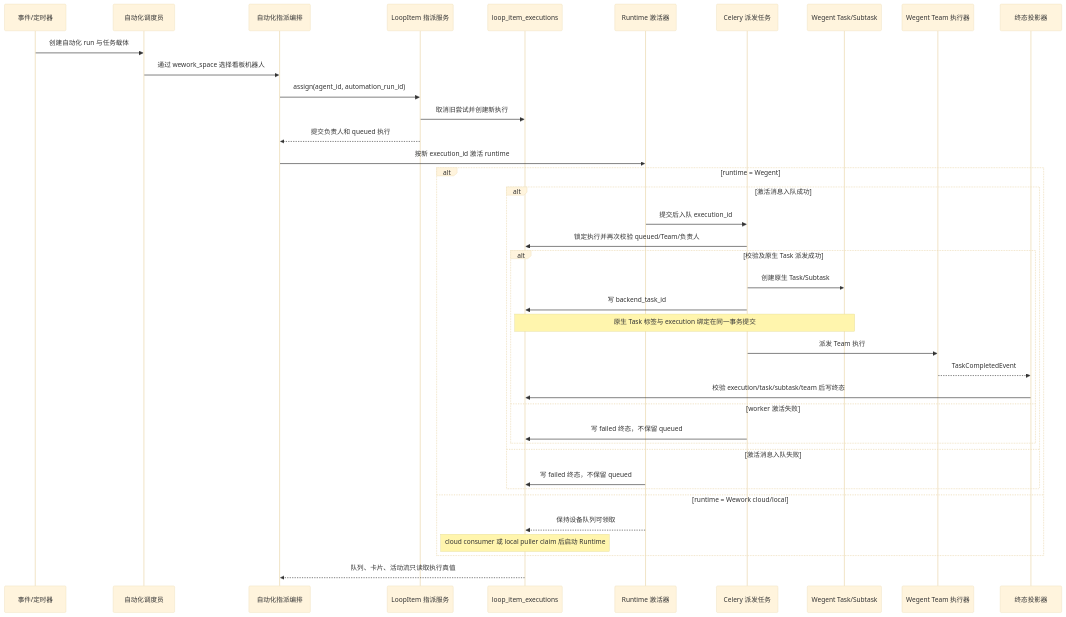
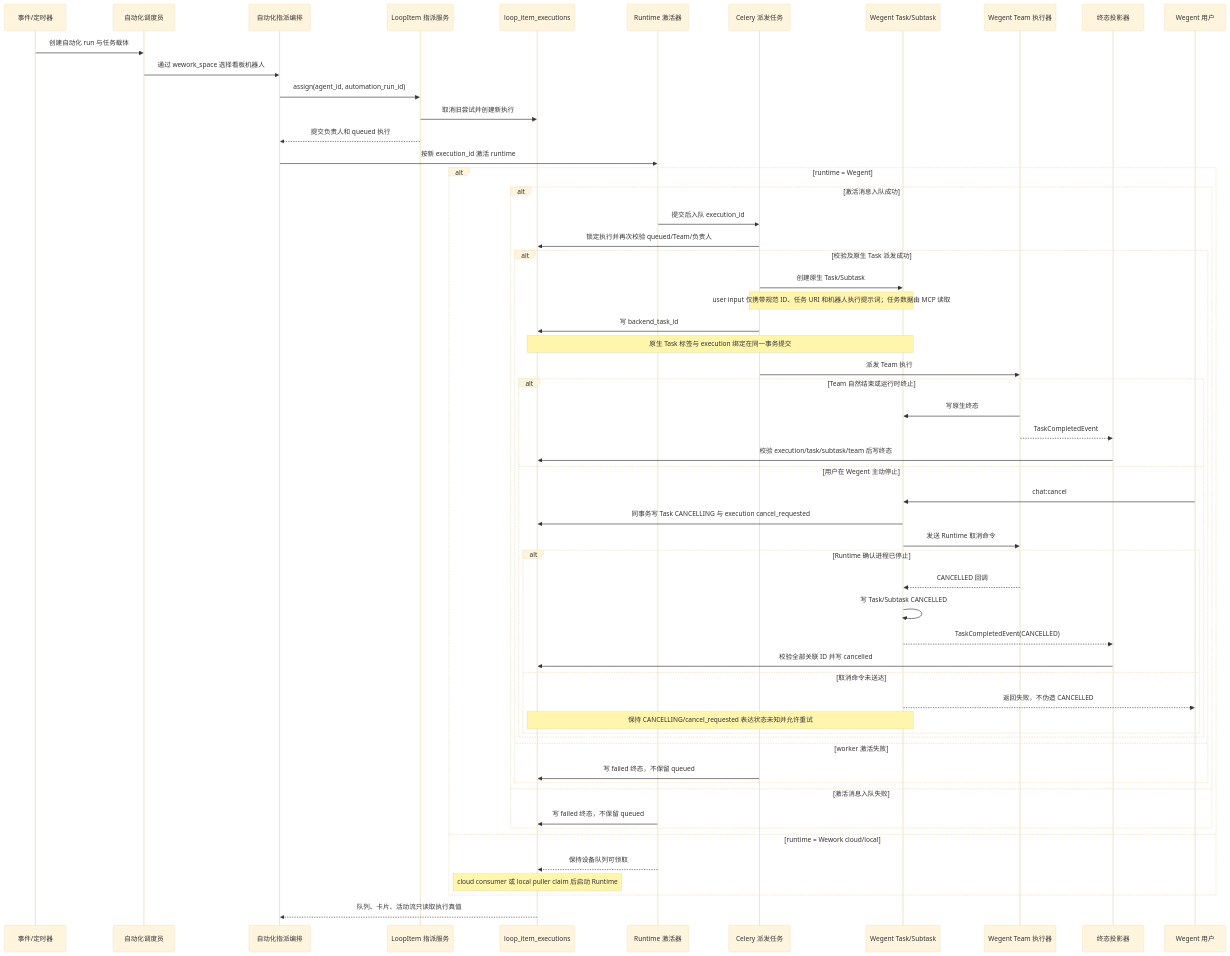
The second of 4 diagrams in docs/zh/wegent/developer-guide/cloud-project-collaboration.md (wecode-ai/Wegent), drawn with Mermaid (base theme) before and after one commit. The commit also changed other lines of this file and 26 other files, not shown here.

Commit message:
fix(automation): synchronize Wegent runtime truth

````diff
--- a/docs/zh/wegent/developer-guide/cloud-project-collaboration.md
+++ b/docs/zh/wegent/developer-guide/cloud-project-collaboration.md
@@ -137,42 +154,60 @@
 ```mermaid
 sequenceDiagram
     participant E as 事件/定时器
     participant M as 自动化调度员
     participant A as 自动化指派编排
     participant L as LoopItem 指派服务
     participant X as loop_item_executions
     participant R as Runtime 激活器
     participant Q as Celery 派发任务
     participant T as Wegent Task/Subtask
     participant W as Wegent Team 执行器
     participant C as 终态投影器
+    participant U as Wegent 用户
 
     E->>M: 创建自动化 run 与任务载体
     M->>A: 通过 wework_space 选择看板机器人
     A->>L: assign(agent_id, automation_run_id)
     L->>X: 取消旧尝试并创建新执行
     L-->>A: 提交负责人和 queued 执行
     A->>R: 按新 execution_id 激活 runtime
     alt runtime = Wegent
         alt 激活消息入队成功
             R->>Q: 提交后入队 execution_id
             Q->>X: 锁定执行并再次校验 queued/Team/负责人
             alt 校验及原生 Task 派发成功
                 Q->>T: 创建原生 Task/Subtask
+                Note over Q,T: user input 仅携带规范 ID、任务 URI 和机器人执行提示词；任务数据由 MCP 读取
                 Q->>X: 写 backend_task_id
                 Note over X,T: 原生 Task 标签与 execution 绑定在同一事务提交
                 Q->>W: 派发 Team 执行
-                W-->>C: TaskCompletedEvent
-                C->>X: 校验 execution/task/subtask/team 后写终态
+                alt Team 自然结束或运行时终止
+                    W->>T: 写原生终态
+                    W-->>C: TaskCompletedEvent
+                    C->>X: 校验 execution/task/subtask/team 后写终态
+                else 用户在 Wegent 主动停止
+                    U->>T: chat:cancel
+                    T->>X: 同事务写 Task CANCELLING 与 execution cancel_requested
+                    T->>W: 发送 Runtime 取消命令
+                    alt Runtime 确认进程已停止
+                        W-->>T: CANCELLED 回调
+                        T->>T: 写 Task/Subtask CANCELLED
+                        T-->>C: TaskCompletedEvent(CANCELLED)
+                        C->>X: 校验全部关联 ID 并写 cancelled
+                    else 取消命令未送达
+                        T-->>U: 返回失败，不伪造 CANCELLED
+                        Note over T,X: 保持 CANCELLING/cancel_requested 表达状态未知并允许重试
+                    end
+                end
             else worker 激活失败
                 Q->>X: 写 failed 终态，不保留 queued
             end
         else 激活消息入队失败
             R->>X: 写 failed 终态，不保留 queued
         end
     else runtime = Wework cloud/local
         R-->>X: 保持设备队列可领取
         Note over X: cloud consumer 或 local puller claim 后启动 Runtime
     end
     X-->>A: 队列、卡片、活动流只读取执行真值
 ```
````
